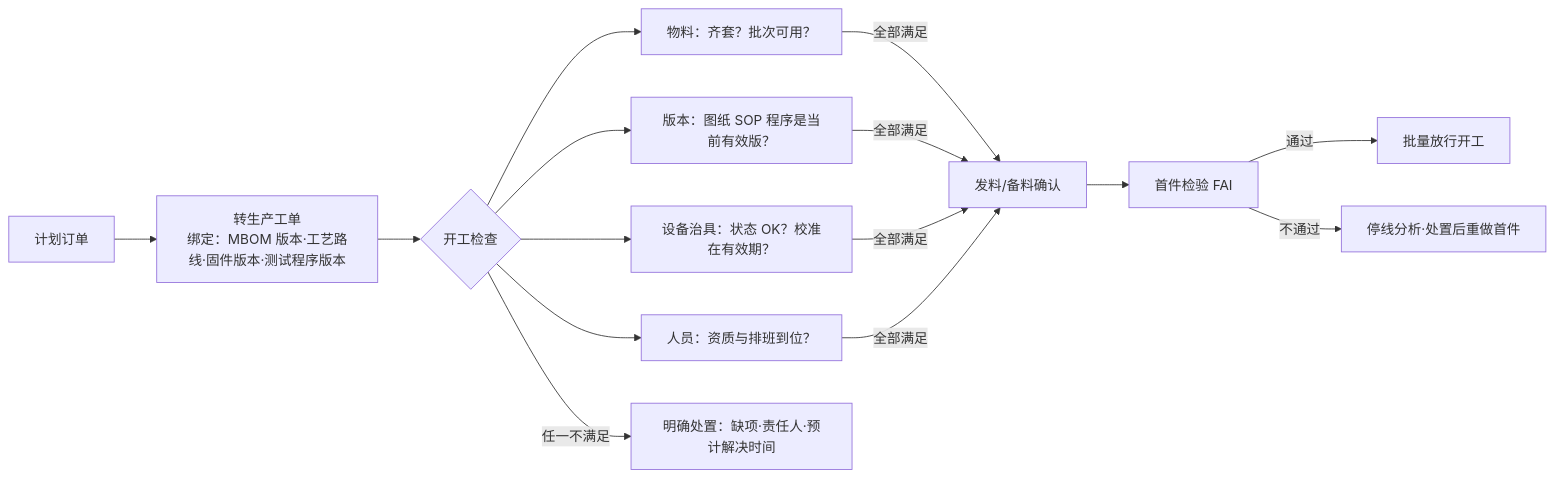
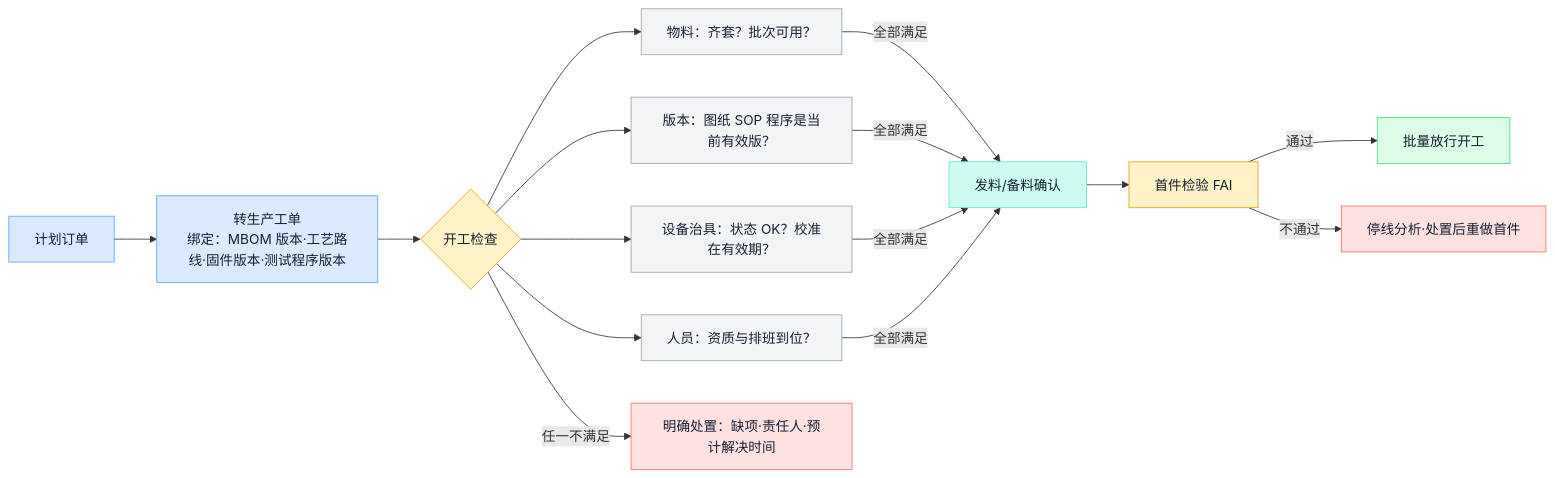
One commit to ink-hz/AI-Manufacturing-Platform changed the tenth of 16 diagrams in docs/manufacturing-system-handbook.md. Above: the diagram before and after it, drawn with Mermaid. The commit also changed other lines of this file, not shown here.

Commit message:
docs: publish maintained handbook diagram colors

````diff
--- a/docs/manufacturing-system-handbook.md
+++ b/docs/manufacturing-system-handbook.md
@@ -432,14 +531,26 @@
 ```mermaid
 flowchart LR
     A[计划订单] --> B[转生产工单<br/>绑定：MBOM 版本·工艺路线·固件版本·测试程序版本]
     B --> C{开工检查}
     C --> C1[物料：齐套？批次可用？]
     C --> C2[版本：图纸 SOP 程序是当前有效版？]
     C --> C3[设备治具：状态 OK？校准在有效期？]
     C --> C4[人员：资质与排班到位？]
     C1 & C2 & C3 & C4 -->|全部满足| D[发料/备料确认]
     D --> E[首件检验 FAI]
     E -->|通过| F[批量放行开工]
     E -->|不通过| G[停线分析·处置后重做首件]
     C -->|任一不满足| H[明确处置：缺项·责任人·预计解决时间]
+    class A,B biz
+    class C,E qa
+    class C1,C2,C3,C4 store
+    class D flow
+    class F exec
+    class G,H risk
+    classDef biz fill:#DBEAFE,stroke:#60A5FA,color:#172033;
+    classDef qa fill:#FEF3C7,stroke:#F59E0B,color:#172033;
+    classDef store fill:#F3F4F6,stroke:#9CA3AF,color:#172033;
+    classDef flow fill:#CCFBF1,stroke:#5EEAD4,color:#172033;
+    classDef exec fill:#DCFCE7,stroke:#4ADE80,color:#172033;
+    classDef risk fill:#FEE2E2,stroke:#F87171,color:#172033;
 ```
````
